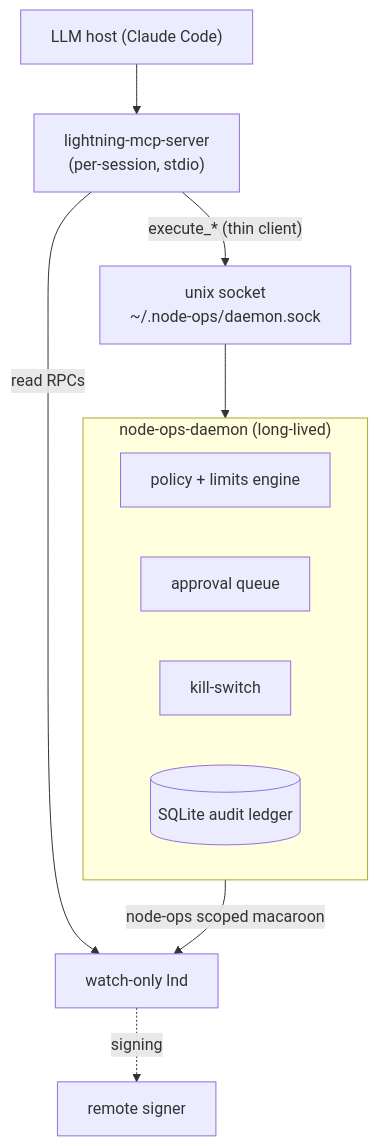
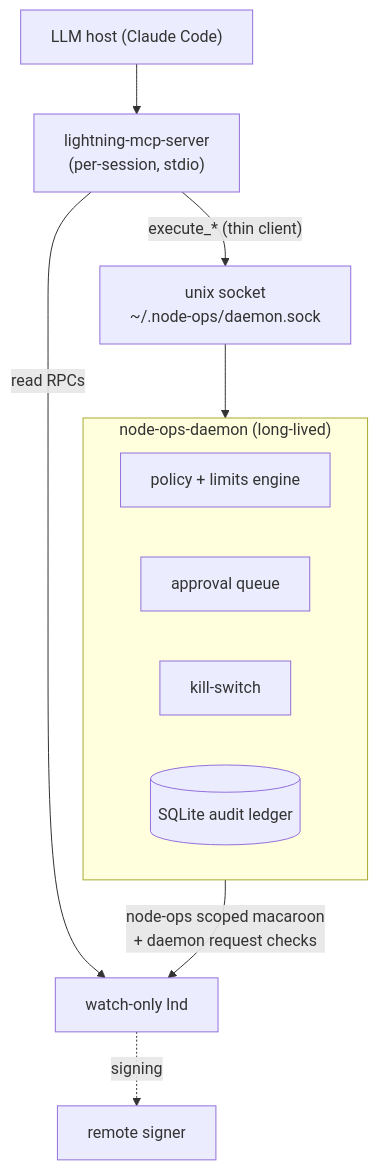
One commit to jerryfane/lightning-agent-tools changed the diagram in docs/adr/0001-governance-daemon.md. Above: the diagram before and after it, drawn with Mermaid. The commit also changed other lines of this file, not shown here.

Commit message:
docs: harden daemon security boundaries (#2)

````diff
--- a/docs/adr/0001-governance-daemon.md
+++ b/docs/adr/0001-governance-daemon.md
@@ -34,15 +34,15 @@
 ```mermaid
 graph TD
   LLM["LLM host (Claude Code)"] --> MCP["lightning-mcp-server<br/>(per-session, stdio)"]
   MCP -->|read RPCs| LND
   MCP -->|"execute_* (thin client)"| SOCK["unix socket<br/>~/.node-ops/daemon.sock"]
   SOCK --> D
   subgraph D["node-ops-daemon (long-lived)"]
     POL["policy + limits engine"]
     GATE["approval queue"]
     KILL["kill-switch"]
     LEDGER[("SQLite audit ledger")]
   end
-  D -->|"node-ops scoped macaroon"| LND["watch-only lnd"]
+  D -->|"node-ops scoped macaroon<br/>+ daemon request checks"| LND["watch-only lnd"]
   LND -.signing.-> SIGNER["remote signer"]
 ```
````
